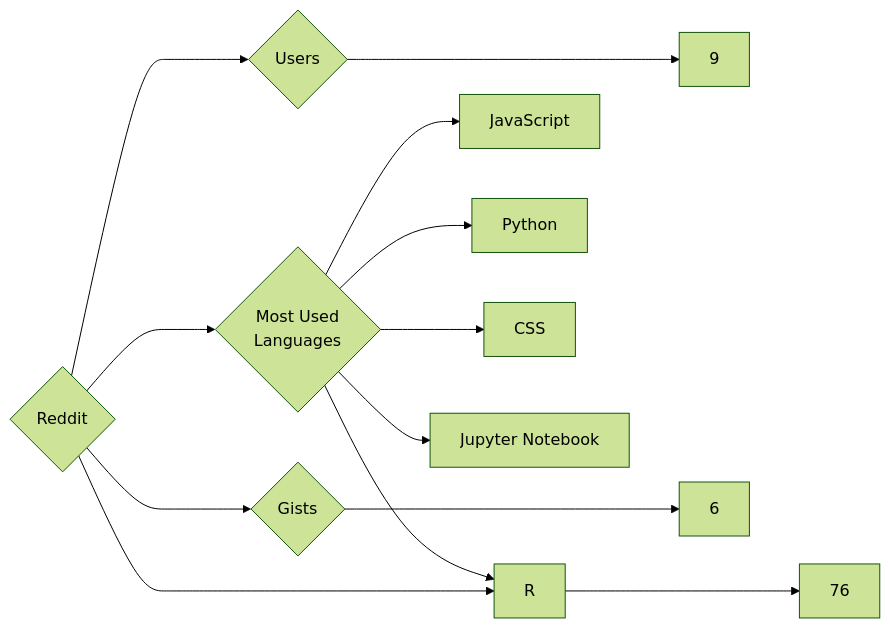
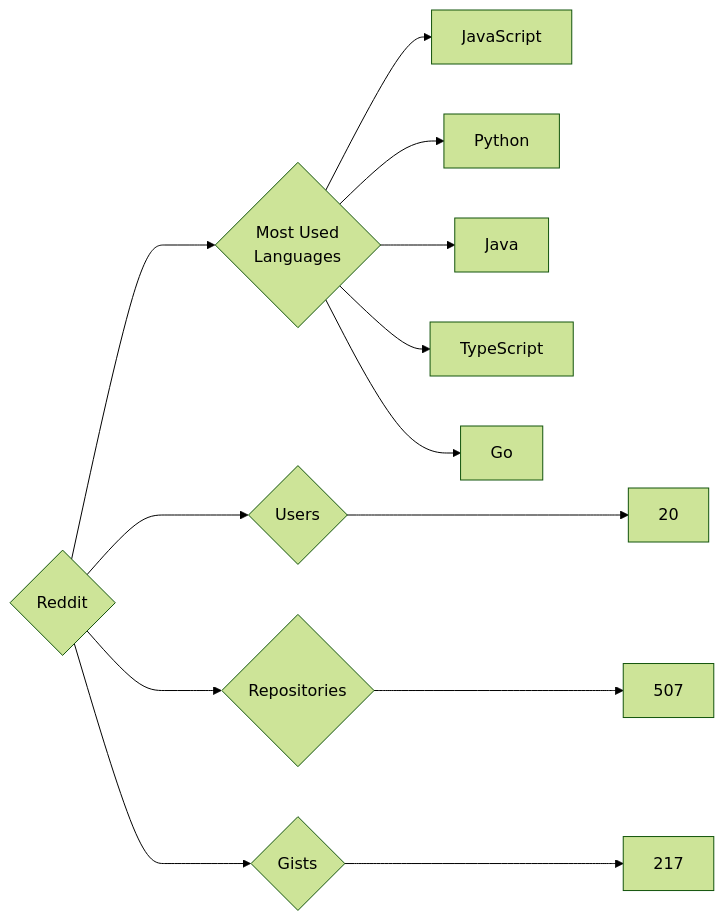
One commit to trickest/insiders changed the diagram in targets/Reddit/README.md. Above: the diagram before and after it, drawn with Mermaid (forest theme). The commit also changed 796 other files, not shown here.

````diff
--- a/targets/Reddit/README.md
+++ b/targets/Reddit/README.md
@@ -3,13 +3,13 @@
 ```mermaid
 graph LR
 COMPANY_NAME{Reddit}
-COMPANY_NAME ---> U{Users} ---> UN[9]
-COMPANY_NAME ---> R{Repositories} ---> RN[76]
-COMPANY_NAME ---> G{Gists} ---> GN[6]
+COMPANY_NAME ---> U{Users} ---> UN[20]
+COMPANY_NAME ---> R{Repositories} ---> RN[507]
+COMPANY_NAME ---> G{Gists} ---> GN[217]
 COMPANY_NAME ---> ML{Most Used<br>Languages}
 ML --> JavaScript[JavaScript]
 ML --> Python[Python]
-ML --> R[R]
-ML --> CSS[CSS]
-ML --> Jupyter_Notebook[Jupyter Notebook]
+ML --> Java[Java]
+ML --> TypeScript[TypeScript]
+ML --> Go[Go]
 ```
````
